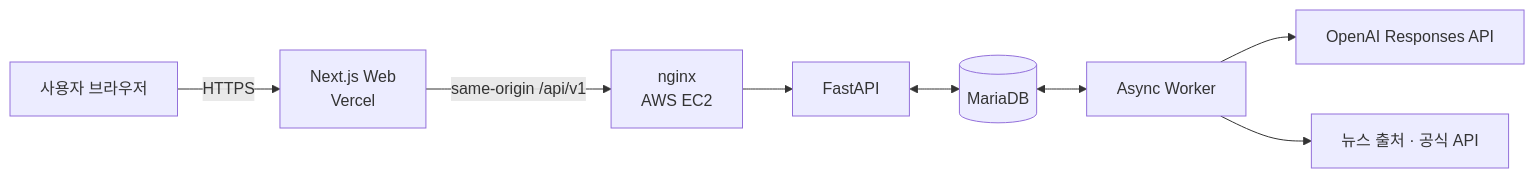
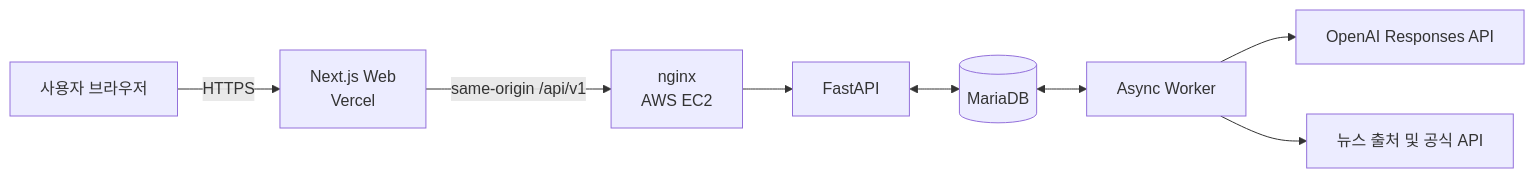
One commit to cch-25/effica changed the diagram in README.md. Above: the diagram before and after it, drawn with Mermaid. The commit also changed other lines of this file and 2 other files, not shown here.

````diff
--- a/README.md
+++ b/README.md
@@ -67,10 +67,10 @@
 ```mermaid
 flowchart LR
     U[사용자 브라우저] -->|HTTPS| W[Next.js Web<br/>Vercel]
     W -->|same-origin /api/v1| N[nginx<br/>AWS EC2]
     N --> A[FastAPI]
     A <--> D[(MariaDB)]
     D <--> Q[Async Worker]
     Q --> O[OpenAI Responses API]
-    Q --> S[뉴스 출처 · 공식 API]
+    Q --> S[뉴스 출처 및 공식 API]
 ```
````
